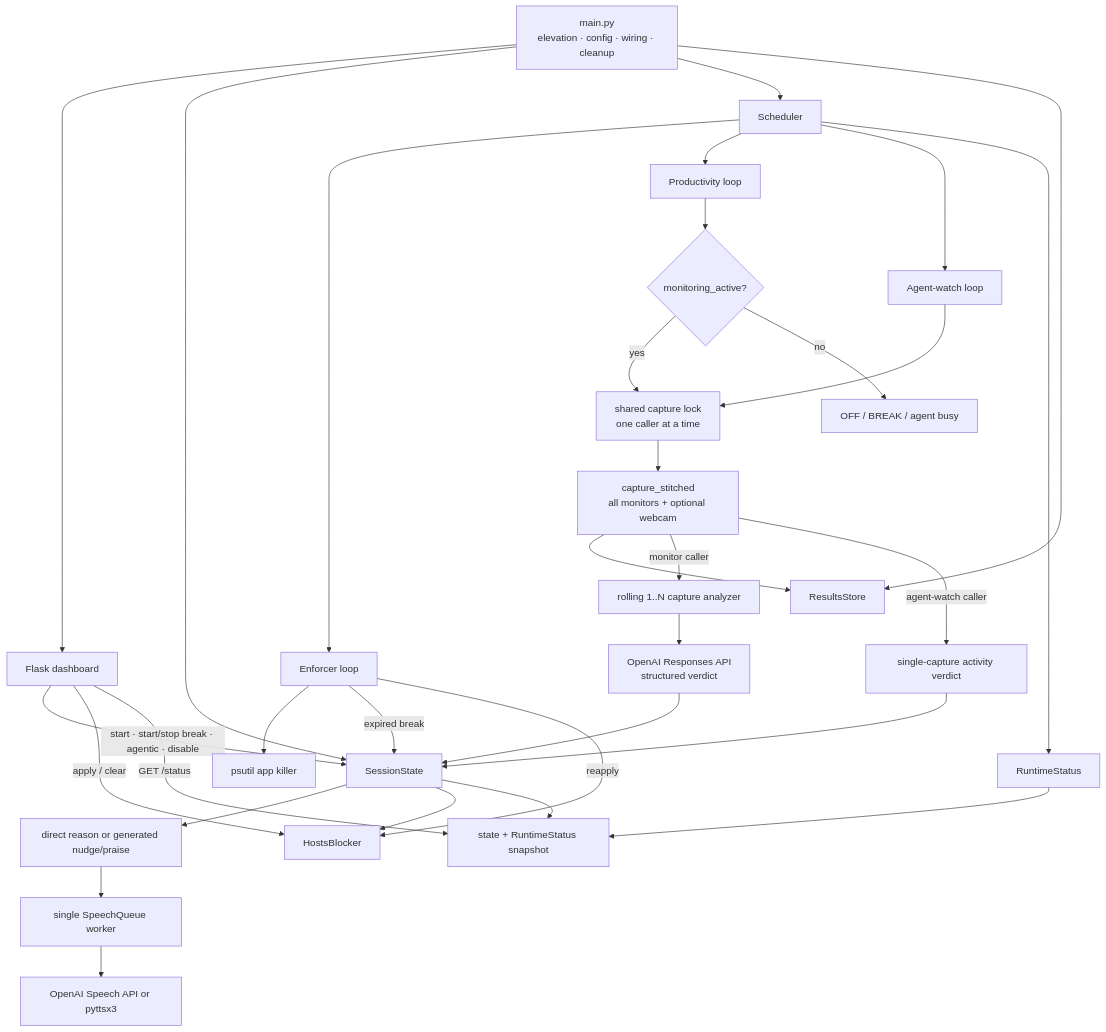
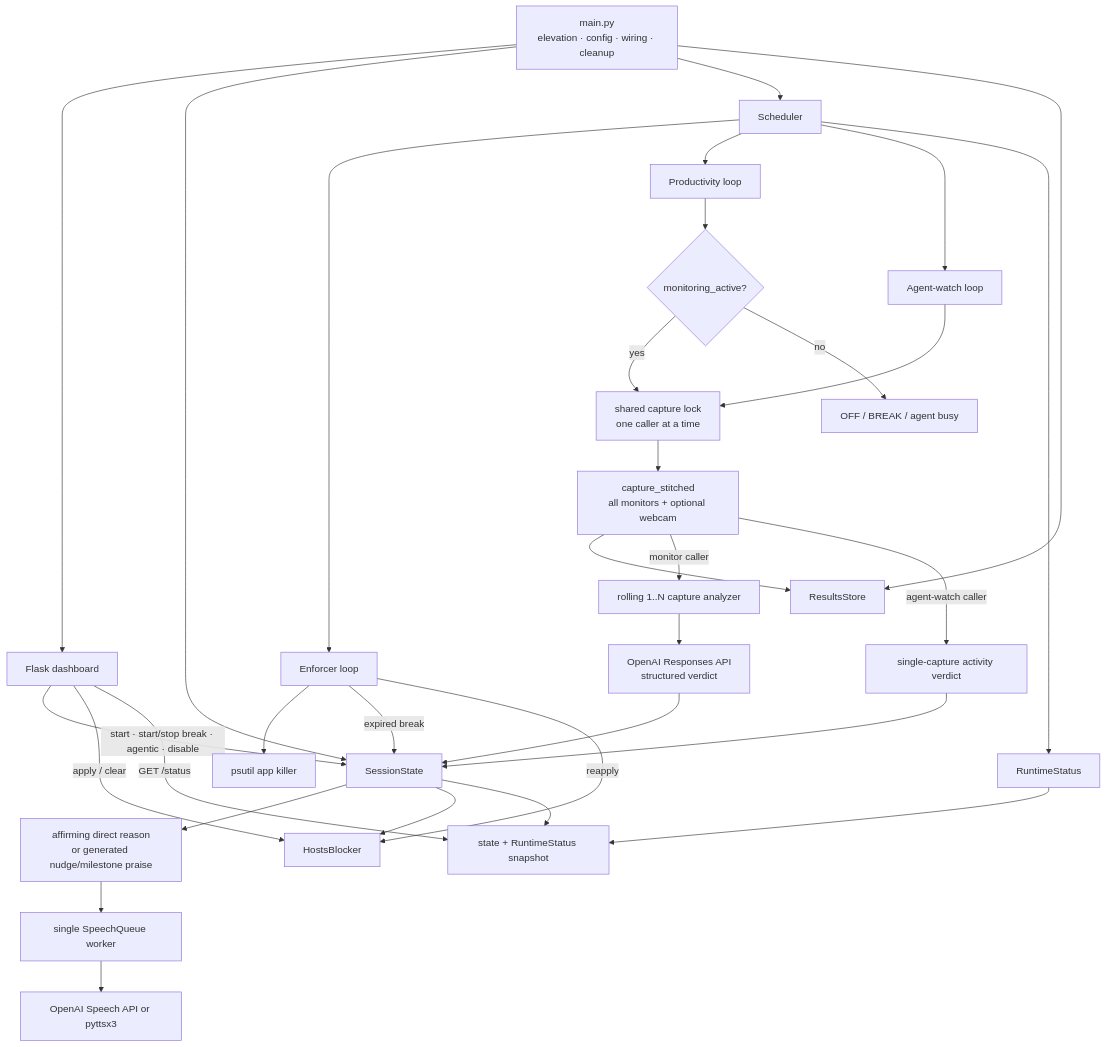
One commit to BurnyCoder/deep-work-jarvis-waifu-supervisor changed the diagram in README.md. Above: the diagram before and after it, drawn with Mermaid. The commit also changed other lines of this file and 1 other file, not shown here.

Commit message:
docs: explain affirming progress feedback

````diff
--- a/README.md
+++ b/README.md
@@ -141,39 +145,39 @@
 ```mermaid
 flowchart TD
     Main["main.py<br/>elevation · config · wiring · cleanup"] --> UI["Flask dashboard"]
     Main --> State["SessionState"]
     Main --> Scheduler["Scheduler"]
     Main --> Store["ResultsStore"]
 
     UI -- "start · start/stop break · agentic · disable" --> State
     UI -- "apply / clear" --> Hosts["HostsBlocker"]
     UI -- "GET /status" --> Status["state + RuntimeStatus snapshot"]
 
     Scheduler --> Enforcer["Enforcer loop"]
     Enforcer --> AppKiller["psutil app killer"]
     Enforcer -- "expired break" --> State
     Enforcer -- "reapply" --> Hosts
 
     Scheduler --> Monitor["Productivity loop"]
     Monitor --> Gate{"monitoring_active?"}
     Gate -- "yes" --> CaptureLock["shared capture lock<br/>one caller at a time"]
     Gate -- "no" --> Paused["OFF / BREAK / agent busy"]
     CaptureLock --> Capture["capture_stitched<br/>all monitors + optional webcam"]
     Capture --> Store
     Capture -- "monitor caller" --> Analyzer["rolling 1..N capture analyzer"]
     Analyzer --> Vision["OpenAI Responses API<br/>structured verdict"]
     Vision --> State
-    State --> Feedback["direct reason or generated nudge/praise"]
+    State --> Feedback["affirming direct reason<br/>or generated nudge/milestone praise"]
     Feedback --> Speech["single SpeechQueue worker"]
     Speech --> TTS["OpenAI Speech API or pyttsx3"]
 
     Scheduler --> AgentWatch["Agent-watch loop"]
     AgentWatch --> CaptureLock
     Capture -- "agent-watch caller" --> AgentVision["single-capture activity verdict"]
     AgentVision --> State
     State --> Hosts
 
     Scheduler --> Runtime["RuntimeStatus"]
     Runtime --> Status
     State --> Status
 ```
````
